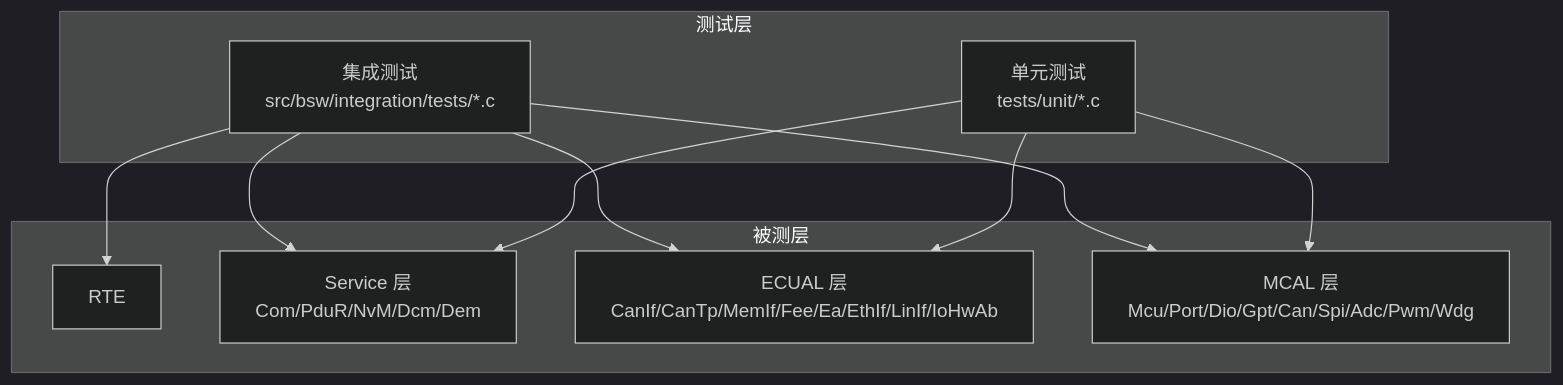
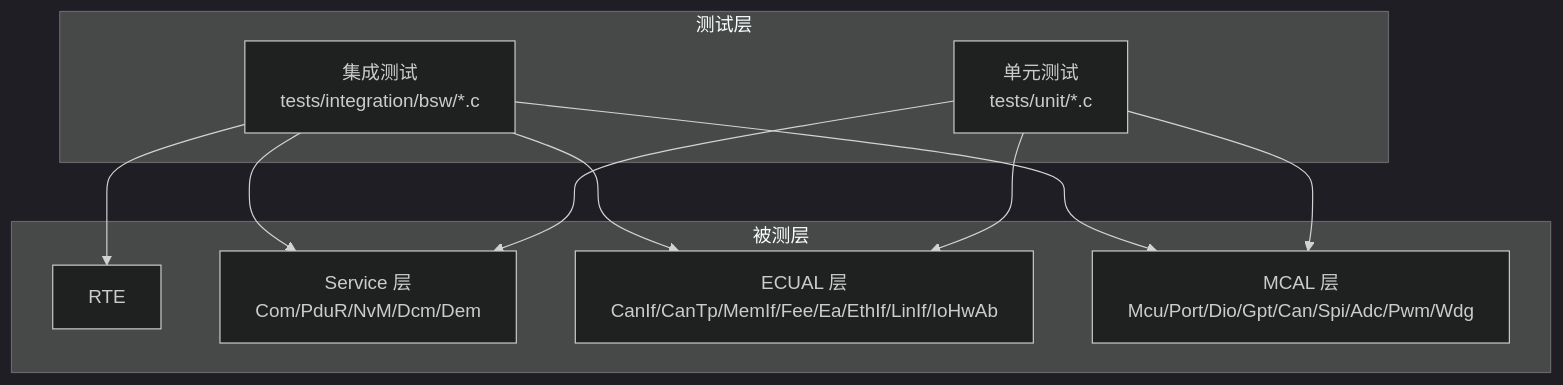
One commit to frisky1985/yuleASR changed the first of 11 diagrams in .qoder/repowiki/zh/content/开发指南/开发流程/TDD 红绿重构流程.md. Above: the diagram before and after it, drawn with Mermaid (dark theme). The commit also changed other lines of this file and 191 other files, not shown here.

````diff
--- a/.qoder/repowiki/zh/content/开发指南/开发流程/TDD 红绿重构流程.md
+++ b/.qoder/repowiki/zh/content/开发指南/开发流程/TDD 红绿重构流程.md
@@ -40,20 +40,20 @@
 ```mermaid
 graph TB
 subgraph "测试层"
 UT["单元测试<br/>tests/unit/*.c"]
-IT["集成测试<br/>src/bsw/integration/tests/*.c"]
+IT["集成测试<br/>tests/integration/bsw/*.c"]
 end
 subgraph "被测层"
 RTE["RTE"]
 SVC["Service 层<br/>Com/PduR/NvM/Dcm/Dem"]
 ECUAL["ECUAL 层<br/>CanIf/CanTp/MemIf/Fee/Ea/EthIf/LinIf/IoHwAb"]
 MCAL["MCAL 层<br/>Mcu/Port/Dio/Gpt/Can/Spi/Adc/Pwm/Wdg"]
 end
 UT --> SVC
 UT --> ECUAL
 UT --> MCAL
 IT --> RTE
 IT --> SVC
 IT --> ECUAL
 IT --> MCAL
 ```
````
